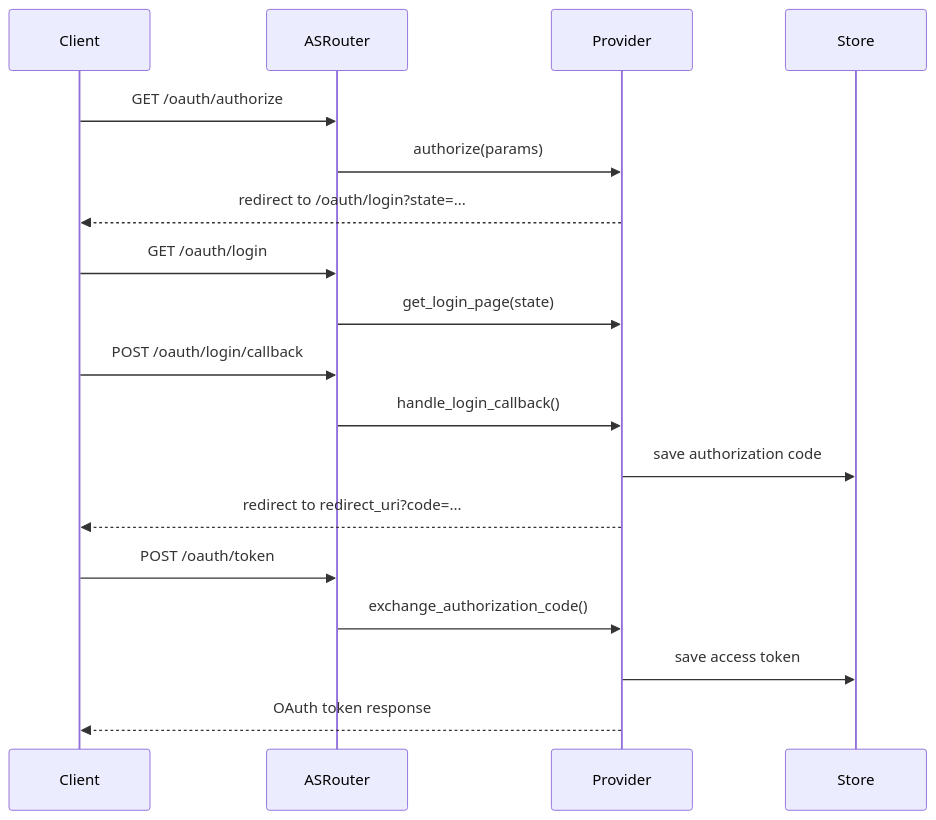
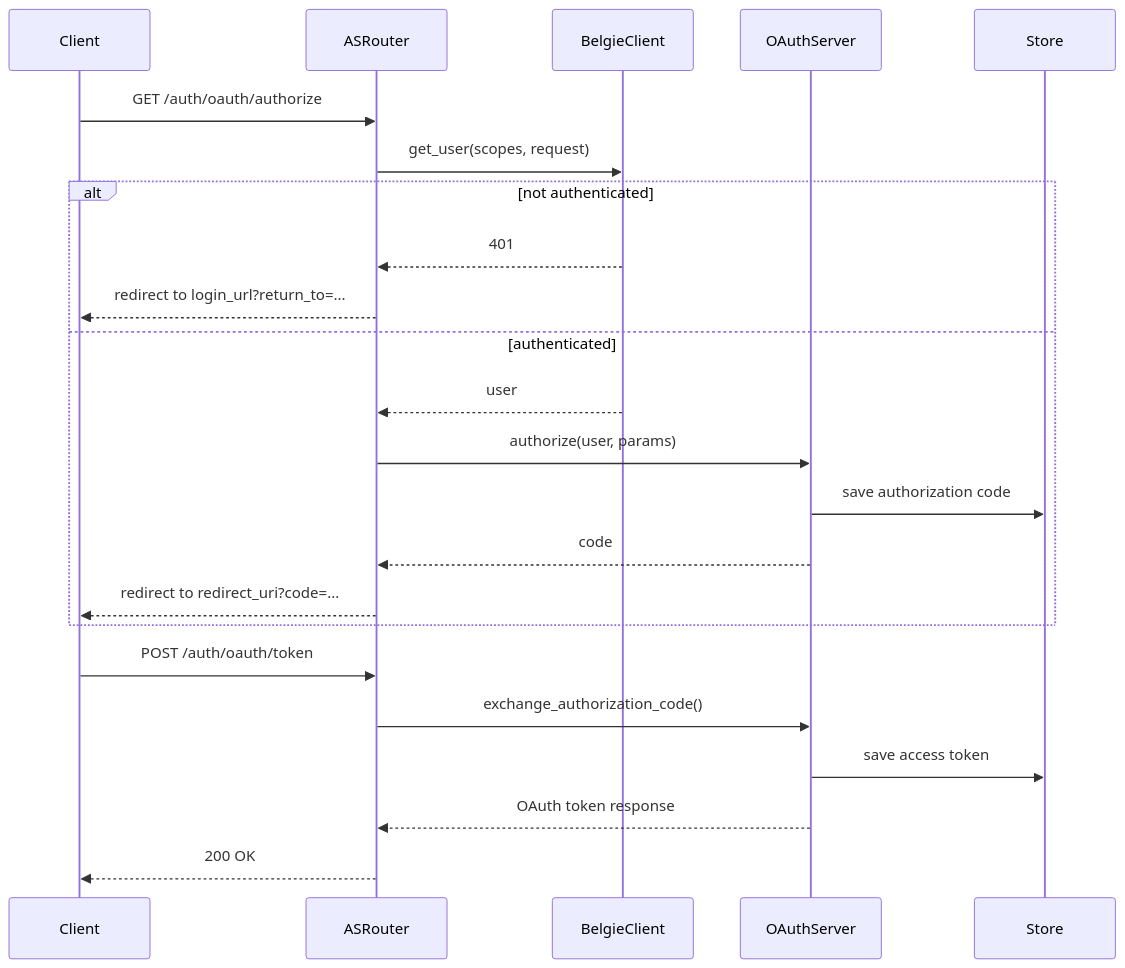
One commit to mplemay/belgie changed the second of 5 diagrams in design/010-belgie-oauth-auth-server.md. Above: the diagram before and after it, drawn with Mermaid. The commit also changed other lines of this file and 21 other files, not shown here.

Commit message:
feat: add belgie-oauth auth server plugin

````diff
--- a/design/010-belgie-oauth-auth-server.md
+++ b/design/010-belgie-oauth-auth-server.md
@@ -91,21 +94,26 @@
 ```mermaid
 sequenceDiagram
     participant Client
     participant ASRouter
-    participant Provider
+    participant BelgieClient
+    participant OAuthServer
     participant Store
 
-    Client->>ASRouter: GET /oauth/authorize
-    ASRouter->>Provider: authorize(params)
-    Provider-->>Client: redirect to /oauth/login?state=...
-    Client->>ASRouter: GET /oauth/login
-    ASRouter->>Provider: get_login_page(state)
-    Client->>ASRouter: POST /oauth/login/callback
-    ASRouter->>Provider: handle_login_callback()
-    Provider->>Store: save authorization code
-    Provider-->>Client: redirect to redirect_uri?code=...
-    Client->>ASRouter: POST /oauth/token
-    ASRouter->>Provider: exchange_authorization_code()
-    Provider->>Store: save access token
-    Provider-->>Client: OAuth token response
+    Client->>ASRouter: GET /auth/oauth/authorize
+    ASRouter->>BelgieClient: get_user(scopes, request)
+    alt not authenticated
+        BelgieClient-->>ASRouter: 401
+        ASRouter-->>Client: redirect to login_url?return_to=...
+    else authenticated
+        BelgieClient-->>ASRouter: user
+        ASRouter->>OAuthServer: authorize(user, params)
+        OAuthServer->>Store: save authorization code
+        OAuthServer-->>ASRouter: code
+        ASRouter-->>Client: redirect to redirect_uri?code=...
+    end
+    Client->>ASRouter: POST /auth/oauth/token
+    ASRouter->>OAuthServer: exchange_authorization_code()
+    OAuthServer->>Store: save access token
+    OAuthServer-->>ASRouter: OAuth token response
+    ASRouter-->>Client: 200 OK
 ```
````
